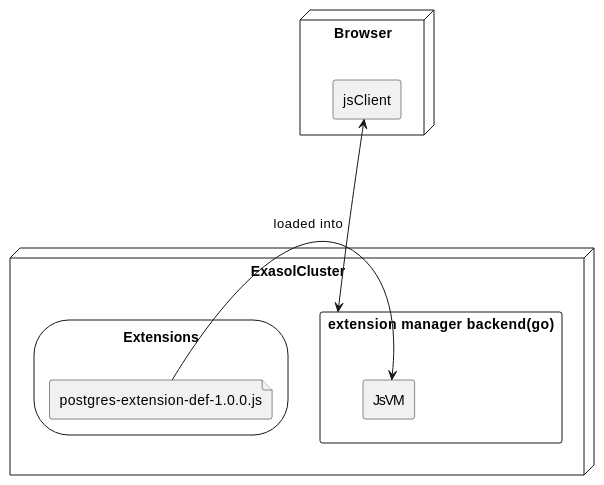
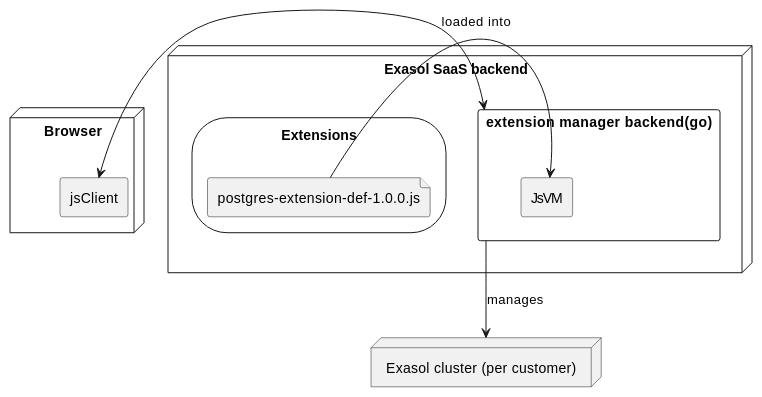
Before and after one commit to exasol/extension-manager: the first of 5 diagrams in doc/design/design.md, drawn with PlantUML. The commit also changed other lines of this file, not shown here.

````diff
--- a/doc/design/design.md
+++ b/doc/design/design.md
@@ -13,21 +14,26 @@
 ```plantuml
 @startuml
-node ExasolCluster{
+node "Exasol SaaS backend"{
 rectangle backend as "extension manager backend(go)"{
 rectangle JsVM
 }
 storage Extensions{
 file installer as "postgres-extension-def-1.0.0.js"
 }
 }
 
+node customerCluster as "Exasol cluster (per customer)"{
+
+}
+
 node Browser{
 rectangle jsClient{
 
     }
 }
 
-jsClient <---> backend
-JsVM <- installer: "loaded into"
+jsClient <-> backend
+JsVM <- installer: loaded into
+backend --> customerCluster: manages
 @enduml
 ```
````
